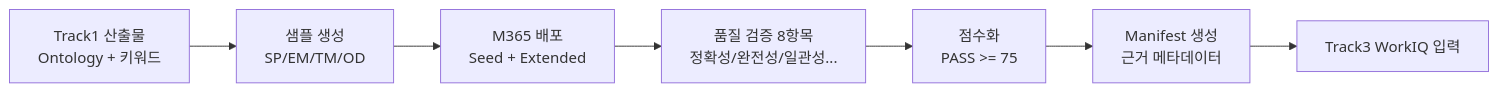
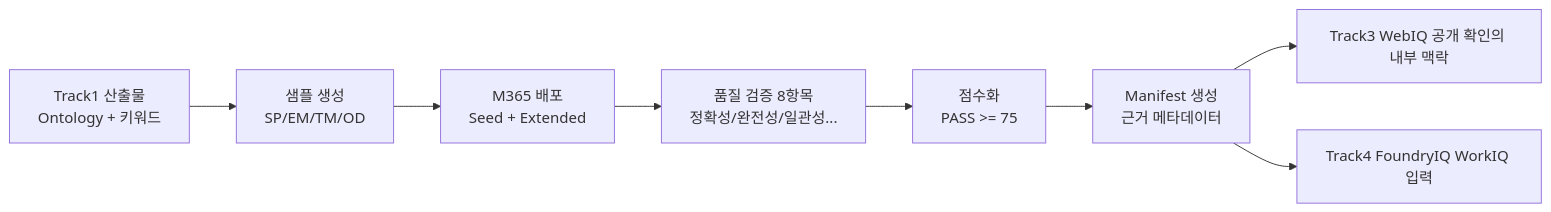
The diagram in track2/docs/Track2_OneSlide_Executive_Summary.md (trentkim-ms-ats/microsoft-iq-workshop), drawn with Mermaid before and after one commit. The commit also changed other lines of this file and 135 other files, not shown here.

````diff
--- a/track2/docs/Track2_OneSlide_Executive_Summary.md
+++ b/track2/docs/Track2_OneSlide_Executive_Summary.md
@@ -11,15 +11,16 @@
 ```mermaid
 flowchart LR
     I[Track1 산출물
 Ontology + 키워드] --> G[샘플 생성
 SP/EM/TM/OD]
     G --> D[M365 배포
 Seed + Extended]
     D --> Q[품질 검증 8항목
 정확성/완전성/일관성...]
     Q --> S[점수화
 PASS >= 75]
     S --> M[Manifest 생성
 근거 메타데이터]
-    M --> T3[Track3 WorkIQ 입력]
+    M --> T3[Track3 WebIQ 공개 확인의 내부 맥락]
+    M --> T4[Track4 FoundryIQ WorkIQ 입력]
 ```
````
